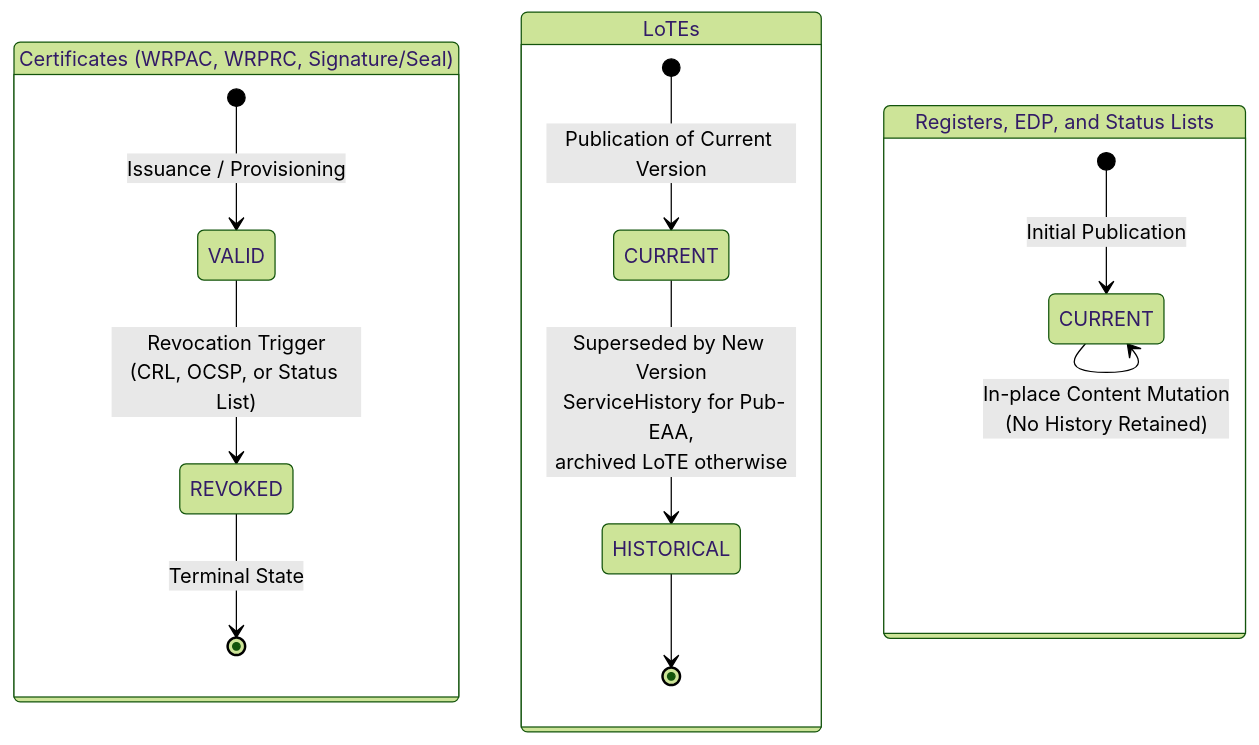
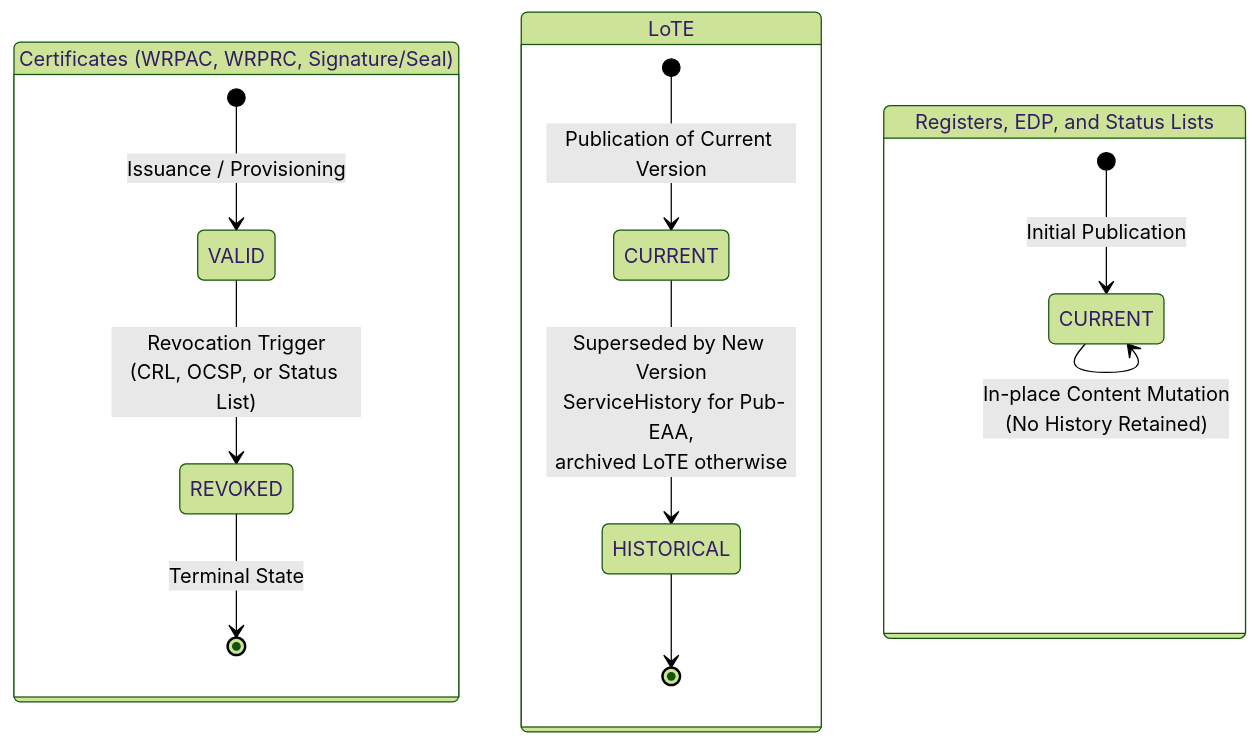
Before and after one commit to APTITUDE-Consortium/wp2-trust-specifications: the fourth of 4 diagrams in docs/topics/trust-management-process.md, drawn with Mermaid (forest theme). The commit also changed other lines of this file and 6 other files, not shown here.

````diff
--- a/docs/topics/trust-management-process.md
+++ b/docs/topics/trust-management-process.md
@@ -330,29 +330,29 @@
 ```mermaid
 stateDiagram-v2
     %% Define Layout Orientation
     direction TB
 
     %% 1. Certificates Lifecycle Group
     state "Certificates (WRPAC, WRPRC, Signature/Seal)" as CertGroup {
         [*] --> VALID : Issuance / Provisioning
         VALID --> REVOKED : Revocation Trigger<br>(CRL, OCSP, or Status List)
         REVOKED --> [*] : Terminal State
     }
 
     %% 2. LoTE Lifecycle Group
-    state "LoTEs" as LoTEGroup {
+    state "LoTE" as LoTEGroup {
         [*] --> LoTE_CURRENT : Publication of Current Version
         state "CURRENT" as LoTE_CURRENT
         
         LoTE_CURRENT --> HISTORICAL : Superseded by New Version<br> ServiceHistory for Pub-EAA,<br>archived LoTE otherwise
         HISTORICAL --> [*]
     }
 
     %% 3. Registers, EDP, and Status Lists Lifecycle Group
     state "Registers, EDP, and Status Lists" as RegGroup {
         [*] --> REG_CURRENT : Initial Publication
         state "CURRENT" as REG_CURRENT
         
         REG_CURRENT --> REG_CURRENT : In-place Content Mutation<br>(No History Retained)
     }
 ```
````
